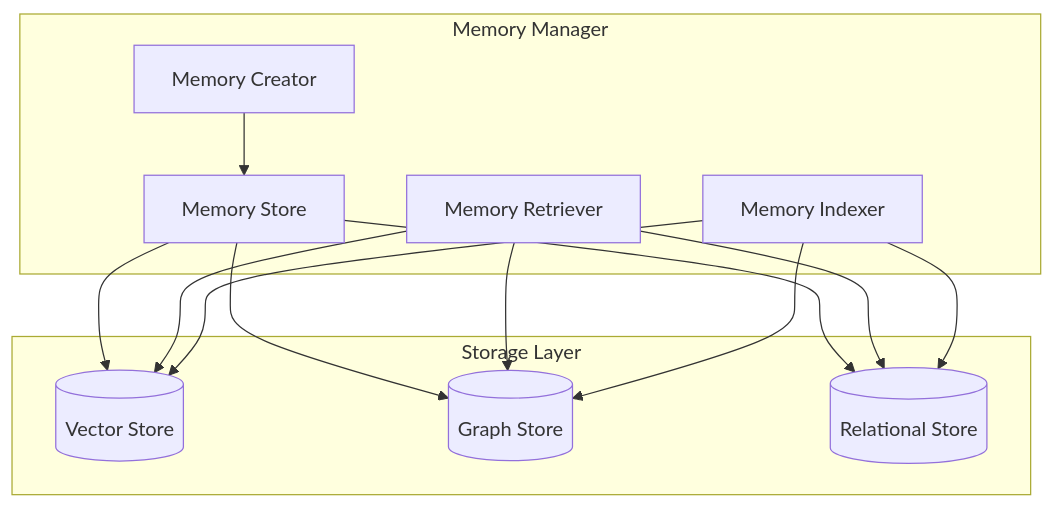
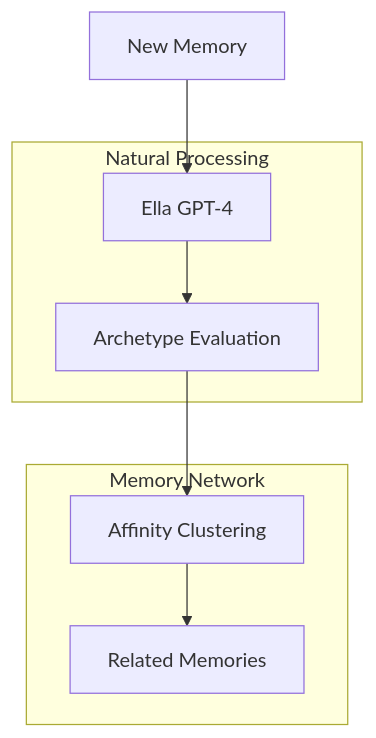
Before and after one commit to lanethefox/ProjectEUMAS: the diagram in docs/components/memory.md, drawn with Mermaid. The commit also changed other lines of this file and 3 other files, not shown here.

````diff
--- a/docs/components/memory.md
+++ b/docs/components/memory.md
@@ -9,26 +10,17 @@
 ```mermaid
 graph TD
-    subgraph Memory Manager
-        MC[Memory Creator]
-        MS[Memory Store]
-        MR[Memory Retriever]
-        MI[Memory Indexer]
+    M[New Memory] --> E[Ella GPT-4]
+    E --> A[Archetype Evaluation]
+    A --> C[Affinity Clustering]
+    C --> R[Related Memories]
+    
+    subgraph "Natural Processing"
+        E
+        A
     end
-
-    subgraph Storage Layer
-        VDB[(Vector Store)]
-        GDB[(Graph Store)]
-        RDB[(Relational Store)]
+    
+    subgraph "Memory Network"
+        C
+        R
     end
-
-    MC --> MS
-    MS --> VDB
-    MS --> GDB
-    MS --> RDB
-    MR --> VDB
-    MR --> GDB
-    MR --> RDB
-    MI --> VDB
-    MI --> GDB
-    MI --> RDB
 ```
````
